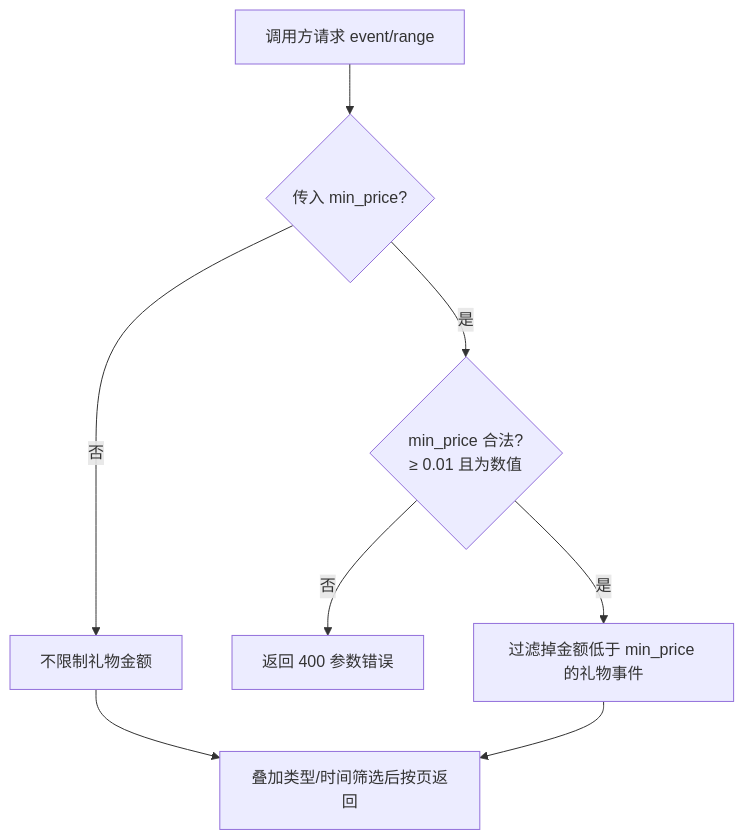
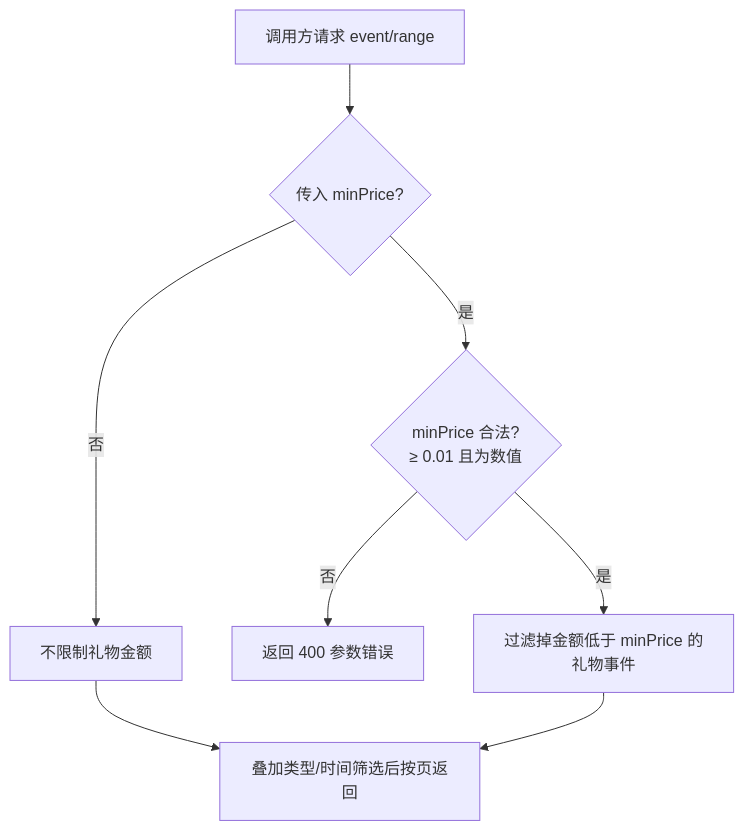
One commit to Deliay/z-vtuber changed the diagram in docs/product/draft/20260817-gift-min-price-filter-prd.md. Above: the diagram before and after it, drawn with Mermaid. The commit also changed other lines of this file and 1 other file, not shown here.

Commit message:
docs: 金额筛选参数统一为 camelCase minPrice

````diff
--- a/docs/product/draft/20260817-gift-min-price-filter-prd.md
+++ b/docs/product/draft/20260817-gift-min-price-filter-prd.md
@@ -83,10 +83,10 @@
 ```mermaid
 flowchart TD
-    A[调用方请求 event/range] --> B{传入 min_price?}
+    A[调用方请求 event/range] --> B{传入 minPrice?}
     B -->|否| C[不限制礼物金额]
-    B -->|是| D{min_price 合法?<br/>≥ 0.01 且为数值}
+    B -->|是| D{minPrice 合法?<br/>≥ 0.01 且为数值}
     D -->|否| E[返回 400 参数错误]
-    D -->|是| F[过滤掉金额低于 min_price 的礼物事件]
+    D -->|是| F[过滤掉金额低于 minPrice 的礼物事件]
     C --> G[叠加类型/时间筛选后按页返回]
     F --> G
 ```
````
